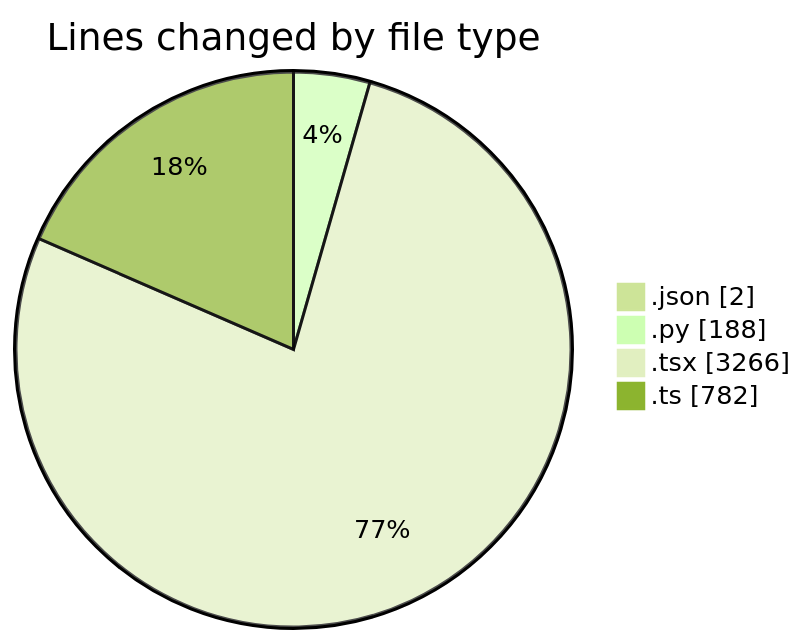
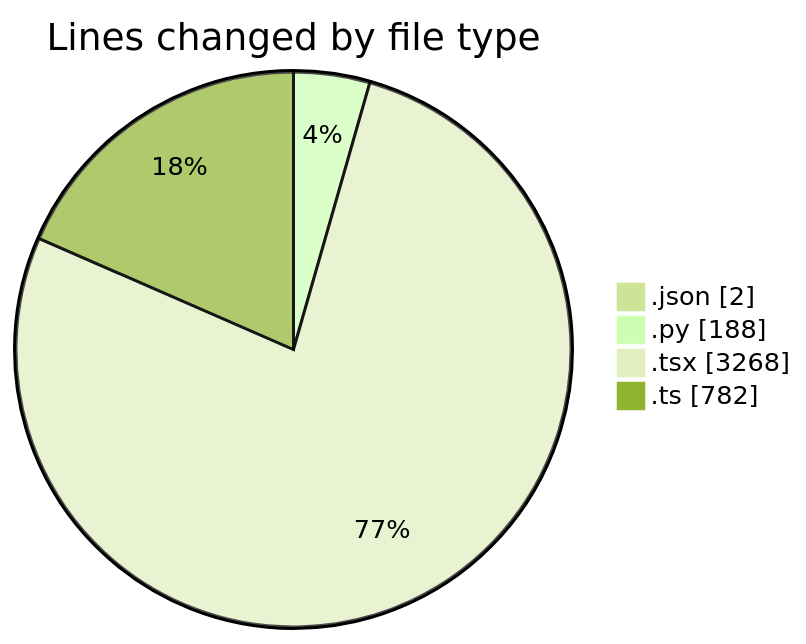
Before and after one commit to julien-gomy/code-tracking: the first of 2 diagrams in 2025-10-06/eventscop-frontend-guide__workspace_/README.md, drawn with Mermaid (forest theme). The commit also changed other lines of this file and 1 other file, not shown here.

````diff
--- a/2025-10-06/eventscop-frontend-guide__workspace_/README.md
+++ b/2025-10-06/eventscop-frontend-guide__workspace_/README.md
@@ -47,8 +47,8 @@
 ```mermaid
 pie showData
 title Lines changed by file type
 ".json" : 2
 ".py" : 188
-".tsx" : 3266
+".tsx" : 3268
 ".ts" : 782
 ```
````
